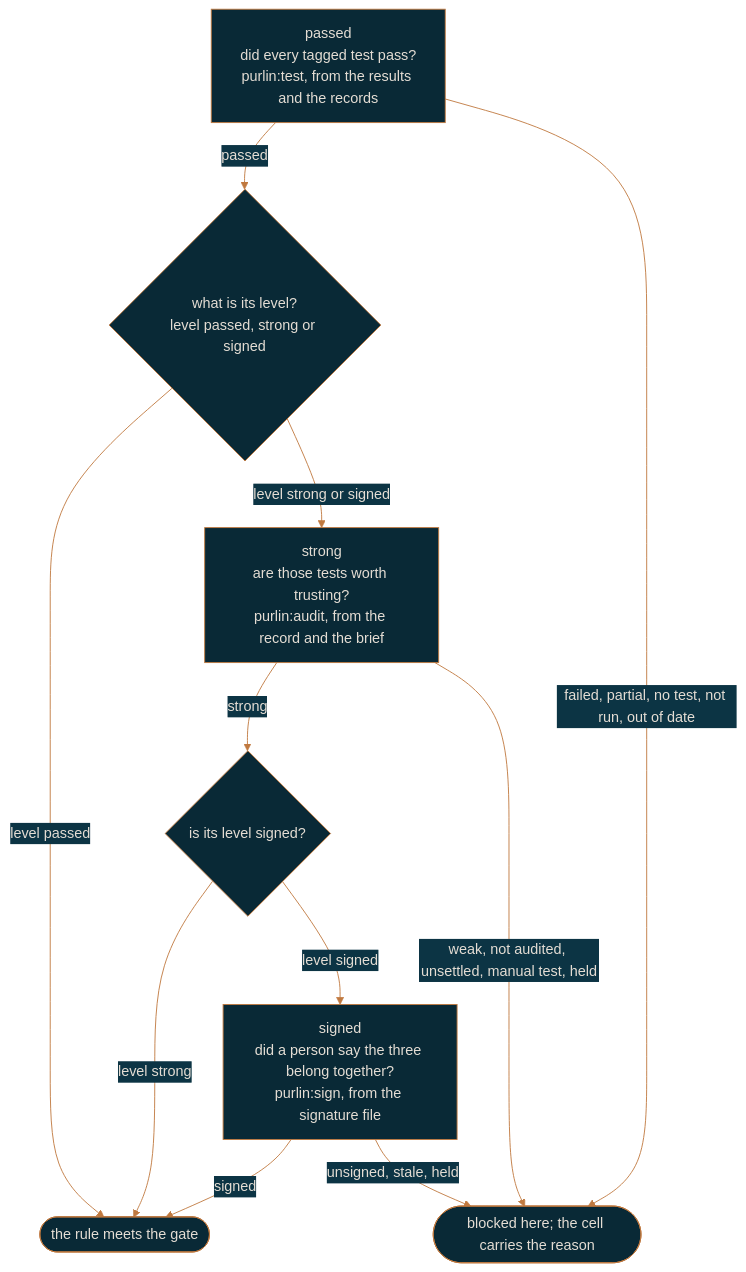
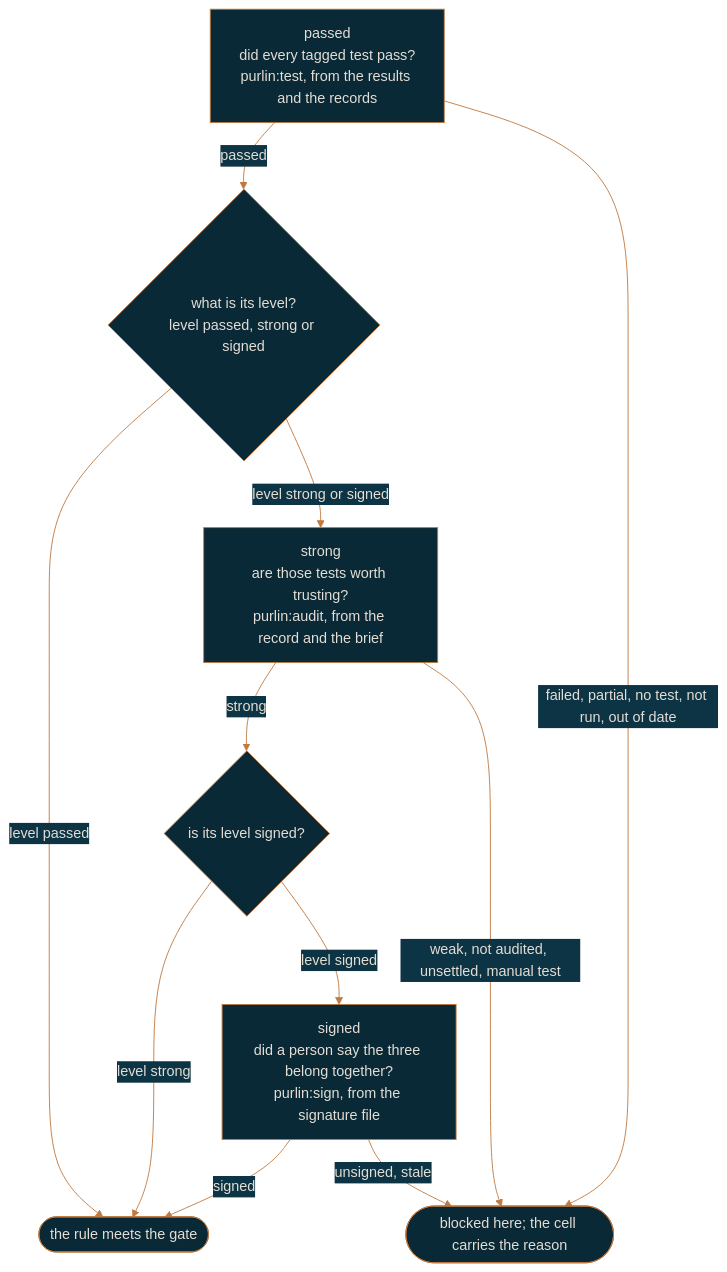
Before and after one commit to rlabarca/purlin: the diagram in docs/how-purlin-works.md, drawn with Mermaid. The commit also changed other lines of this file and 27 other files, not shown here.

````diff
--- a/docs/how-purlin-works.md
+++ b/docs/how-purlin-works.md
@@ -11,22 +11,22 @@
 ```mermaid
 %%{init: {"theme": "base", "themeVariables": {"background": "#0C3444", "primaryColor": "#092936", "primaryTextColor": "#E4DDD4", "primaryBorderColor": "#C0793F", "lineColor": "#C0793F", "secondaryColor": "#0C3444", "tertiaryColor": "#092936", "fontFamily": "Arial", "textColor": "#E4DDD4"}}}%%
 flowchart TD
     Q1["passed<br>did every tagged test pass?<br>purlin:test, from the results and the records"]
     Q2["strong<br>are those tests worth trusting?<br>purlin:audit, from the record and the brief"]
     Q3["signed<br>did a person say the three belong together?<br>purlin:sign, from the signature file"]
     Lvl{"what is its level?<br>level passed, strong or signed"}
     Sig{"is its level signed?"}
     Met(["the rule meets the gate"])
     Stop(["blocked here; the cell carries the reason"])
 
     Q1 -->|passed| Lvl
     Lvl -->|"level passed"| Met
     Lvl -->|"level strong or signed"| Q2
     Q2 -->|strong| Sig
     Sig -->|"level strong"| Met
     Sig -->|"level signed"| Q3
     Q3 -->|signed| Met
     Q1 -->|"failed, partial, no test, not run, out of date"| Stop
-    Q2 -->|"weak, not audited, unsettled, manual test, held"| Stop
-    Q3 -->|"unsigned, stale, held"| Stop
+    Q2 -->|"weak, not audited, unsettled, manual test"| Stop
+    Q3 -->|"unsigned, stale"| Stop
 ```
````
